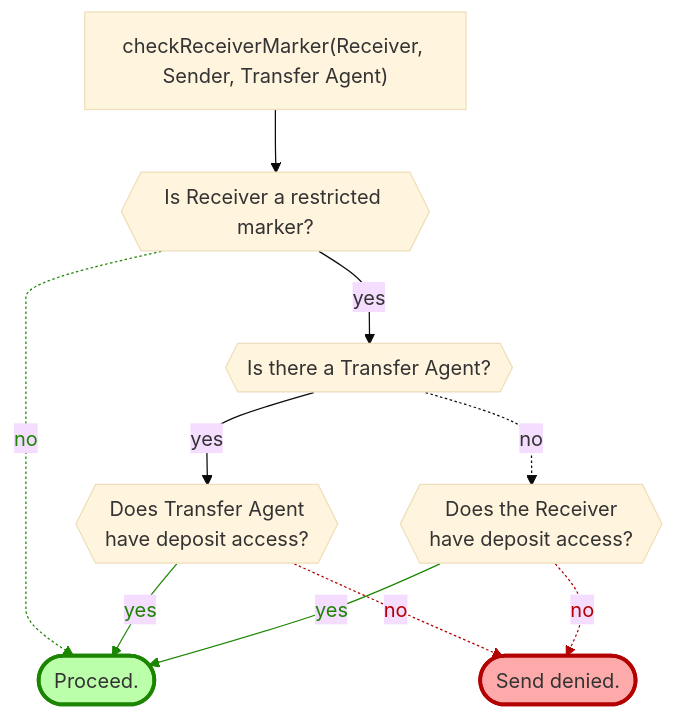
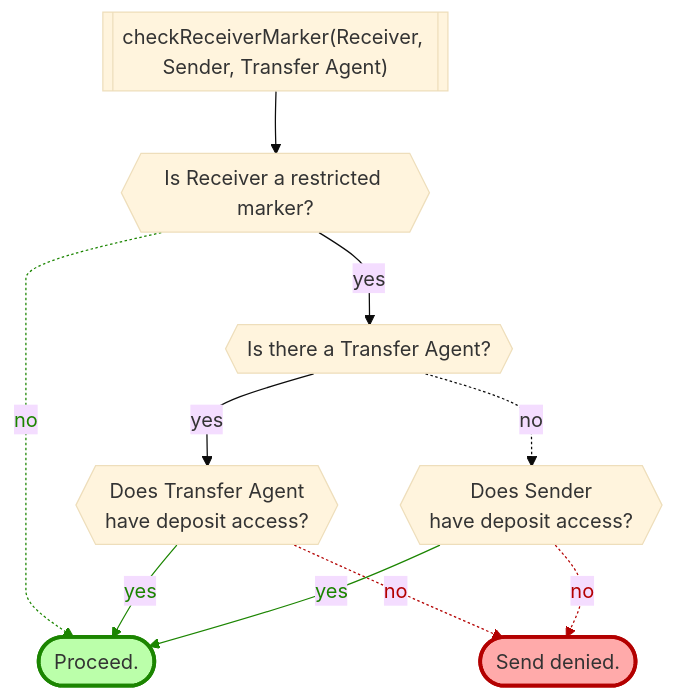
One commit to provenance-io/provenance changed the third of 8 diagrams in x/marker/spec/12_transfers.md. Above: the diagram before and after it, drawn with Mermaid (base theme). The commit also changed other lines of this file and 3 other files, not shown here.

Commit message:
[1834]: Some tweaks to the spec docs to fix some typos, grammer, and flowchart stuff.

````diff
--- a/x/marker/spec/12_transfers.md
+++ b/x/marker/spec/12_transfers.md
@@ -183,24 +183,24 @@
 ```mermaid
 %%{ init: { 'flowchart': { 'curve': 'monotoneY'} } }%%
 flowchart TD
-    start["checkReceiverMarker(Receiver, Sender, Transfer Agent)"]
+    start[["checkReceiverMarker(Receiver, Sender, Transfer Agent)"]]
     issm{{"Is Receiver a restricted marker?"}}
     haveta{{"Is there a Transfer Agent?"}}
     istad{{"Does Transfer Agent\nhave deposit access?"}}
-    isrd{{"Does the Receiver\nhave deposit access?"}}
+    isrd{{"Does Sender\nhave deposit access?"}}
     ok(["Proceed."])
     style ok fill:#bbffaa,stroke:#1b8500,stroke-width:3px
     denied(["Send denied."])
     style denied fill:#ffaaaa,stroke:#b30000,stroke-width:3px
     start --> issm
     issm -->|yes| haveta
     issm -.->|no| ok
     haveta -->|yes| istad
     haveta -.->|no| isrd
     istad -->|yes| ok
     istad -.->|no| denied
     isrd -->|yes| ok
     isrd -.->|no| denied
     linkStyle 6,8 stroke:#b30000,color:#b30000
     linkStyle 2,5,7 stroke:#1b8500,color:#1b8500
 ```
````
